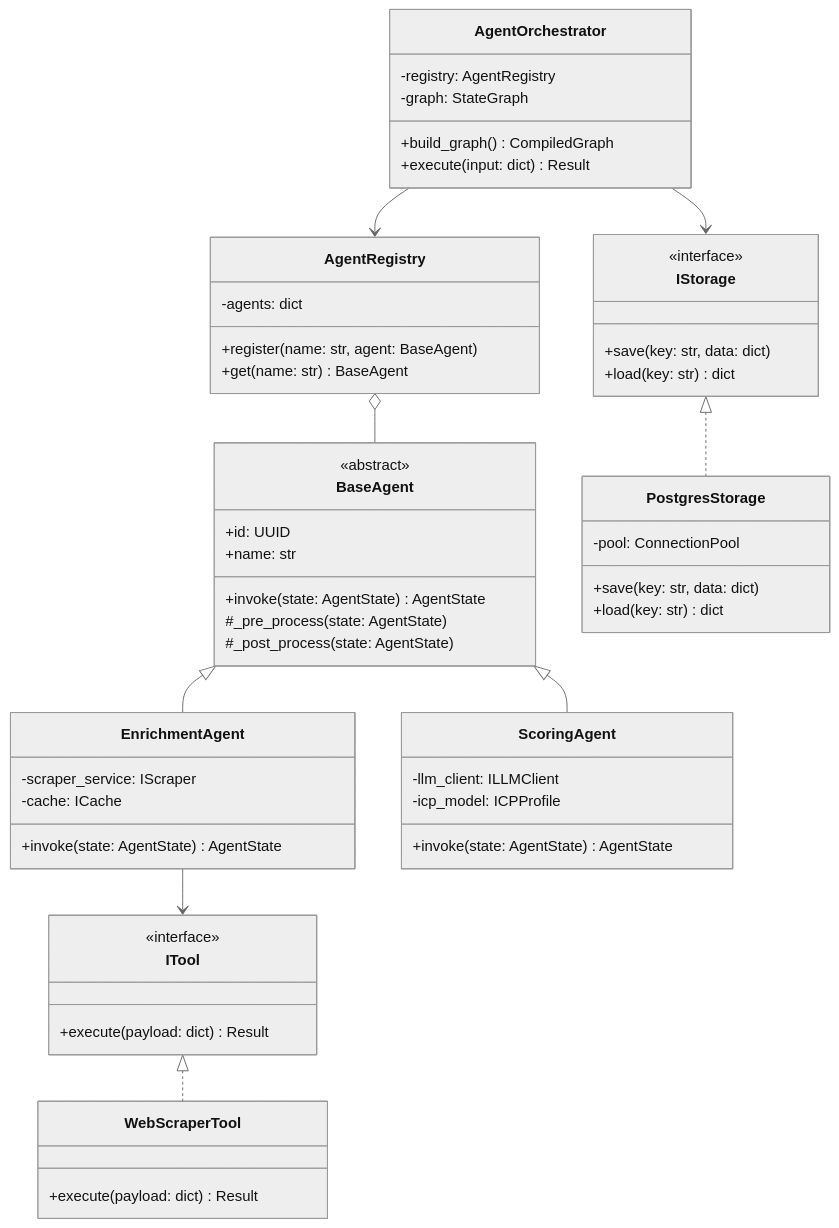
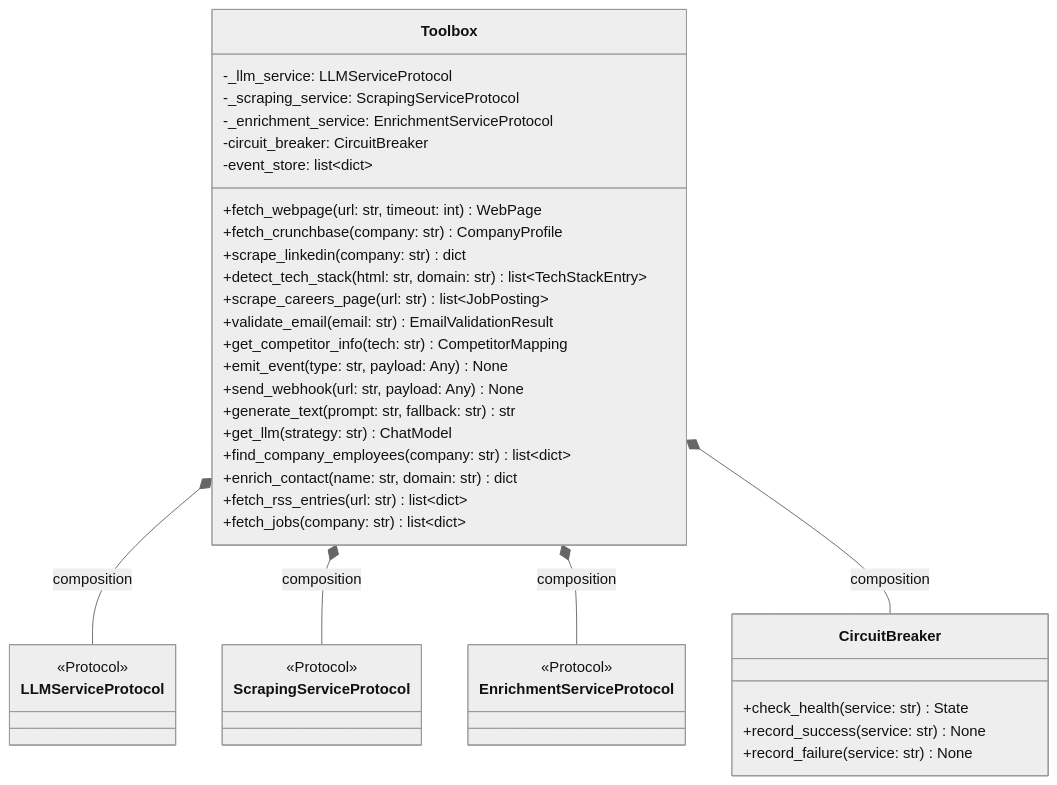
Before and after one commit to DeviPrasad7/Ideal-Customer-Profile-Agent: diagram 11 of 12 in backend/CLASS_DIAGRAM.md, drawn with Mermaid (neutral theme). The commit also changed other lines of this file and 9 other files, not shown here.

Commit message:
docs: add comprehensive architectural documentation and project overview files

````diff
--- a/backend/CLASS_DIAGRAM.md
+++ b/backend/CLASS_DIAGRAM.md
@@ -20,69 +731,45 @@
 ```mermaid
 classDiagram
-    direction TB
-    
-    class BaseAgent {
-        <<abstract>>
-        +id: UUID
-        +name: str
-        +invoke(state: AgentState) AgentState
-        #_pre_process(state: AgentState)
-        #_post_process(state: AgentState)
+    class Toolbox {
+        -_llm_service: LLMServiceProtocol
+        -_scraping_service: ScrapingServiceProtocol
+        -_enrichment_service: EnrichmentServiceProtocol
+        -circuit_breaker: CircuitBreaker
+        -event_store: list~dict~
+        +fetch_webpage(url: str, timeout: int) WebPage
+        +fetch_crunchbase(company: str) CompanyProfile
+        +scrape_linkedin(company: str) dict
+        +detect_tech_stack(html: str, domain: str) list~TechStackEntry~
+        +scrape_careers_page(url: str) list~JobPosting~
+        +validate_email(email: str) EmailValidationResult
+        +get_competitor_info(tech: str) CompetitorMapping
+        +emit_event(type: str, payload: Any) None
+        +send_webhook(url: str, payload: Any) None
+        +generate_text(prompt: str, fallback: str) str
+        +get_llm(strategy: str) ChatModel
+        +find_company_employees(company: str) list~dict~
+        +enrich_contact(name: str, domain: str) dict
+        +fetch_rss_entries(url: str) list~dict~
+        +fetch_jobs(company: str) list~dict~
     }
 
-    class ITool {
-        <<interface>>
-        +execute(payload: dict) Result
+    class LLMServiceProtocol {
+        <<Protocol>>
+    }
+    class ScrapingServiceProtocol {
+        <<Protocol>>
+    }
+    class EnrichmentServiceProtocol {
+        <<Protocol>>
+    }
+    class CircuitBreaker {
+        +check_health(service: str) State
+        +record_success(service: str) None
+        +record_failure(service: str) None
     }
 
-    class IStorage {
-        <<interface>>
-        +save(key: str, data: dict)
-        +load(key: str) dict
-    }
-
-    class EnrichmentAgent {
-        -scraper_service: IScraper
-        -cache: ICache
-        +invoke(state: AgentState) AgentState
-    }
-
-    class ScoringAgent {
-        -llm_client: ILLMClient
-        -icp_model: ICPProfile
-        +invoke(state: AgentState) AgentState
-    }
-    
-    class WebScraperTool {
-        +execute(payload: dict) Result
-    }
-    
-    class PostgresStorage {
-        -pool: ConnectionPool
-        +save(key: str, data: dict)
-        +load(key: str) dict
-    }
-
-    class AgentOrchestrator {
-        -registry: AgentRegistry
-        -graph: StateGraph
-        +build_graph() CompiledGraph
-        +execute(input: dict) Result
-    }
-    
-    class AgentRegistry {
-        -agents: dict
-        +register(name: str, agent: BaseAgent)
-        +get(name: str) BaseAgent
-    }
-
-    BaseAgent <|-- EnrichmentAgent
-    BaseAgent <|-- ScoringAgent
-    ITool <|.. WebScraperTool
-    IStorage <|.. PostgresStorage
-    
-    AgentOrchestrator --> AgentRegistry
-    AgentRegistry o-- BaseAgent
-    EnrichmentAgent --> ITool
-    AgentOrchestrator --> IStorage
+    Toolbox *-- LLMServiceProtocol : composition
+    Toolbox *-- ScrapingServiceProtocol : composition
+    Toolbox *-- EnrichmentServiceProtocol : composition
+    Toolbox *-- CircuitBreaker : composition
 ```
````
